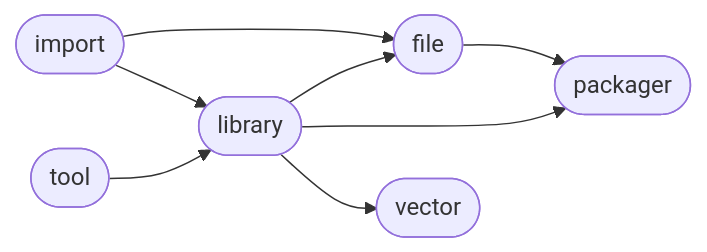
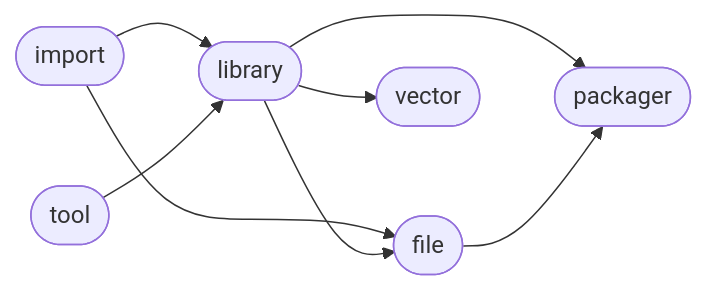
One commit to Mandera/Mandera changed the diagram in README.md. Above: the diagram before and after it, drawn with Mermaid. The commit also changed other lines of this file, not shown here.

````diff
--- a/README.md
+++ b/README.md
@@ -6,16 +6,16 @@
 ```mermaid
 flowchart LR
+0([import]) --> 3([file])
+2([library]) --> 5([packager])
+0([import]) --> 2([library])
+2([library]) --> 4([vector])
 2([library]) --> 3([file])
 3([file]) --> 5([packager])
-2([library]) --> 5([packager])
-0([import]) --> 3([file])
-0([import]) --> 2([library])
 1([tool]) --> 2([library])
-2([library]) --> 4([vector])
 click 0 "https://github.com/ManderaGeneral/generalimport"
 click 1 "https://github.com/ManderaGeneral/generaltool"
 click 2 "https://github.com/ManderaGeneral/generallibrary"
 click 3 "https://github.com/ManderaGeneral/generalfile"
 click 4 "https://github.com/ManderaGeneral/generalvector"
 click 5 "https://github.com/ManderaGeneral/generalpackager"
 ```
````
